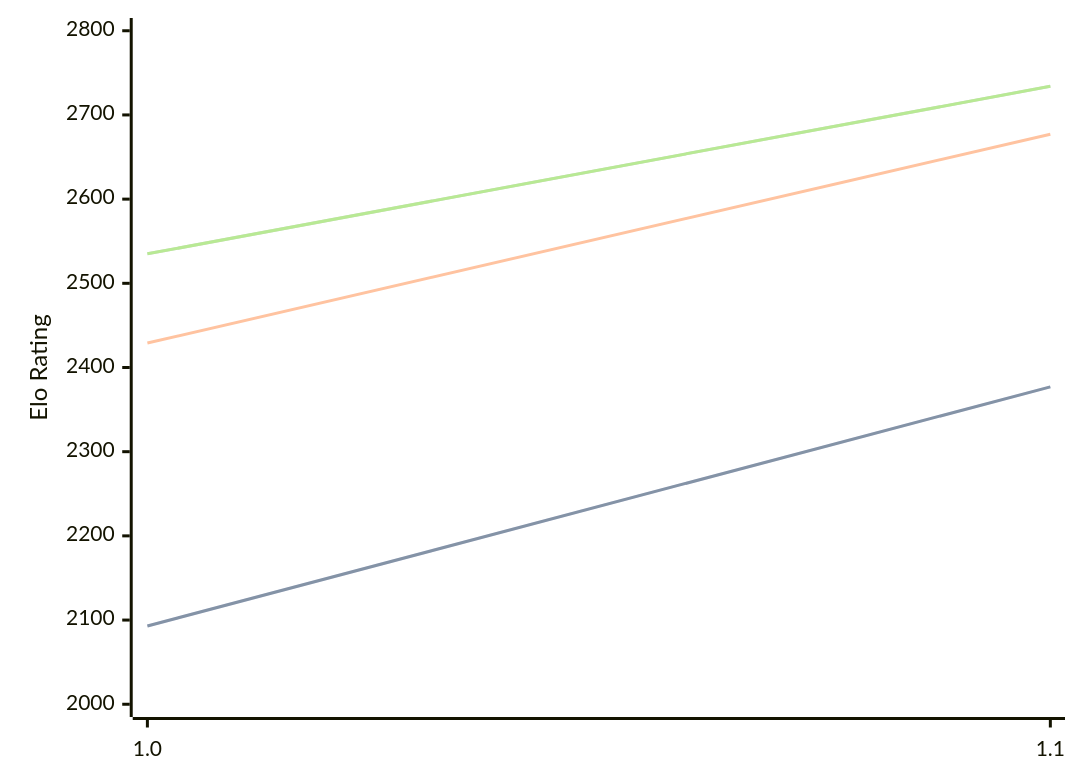
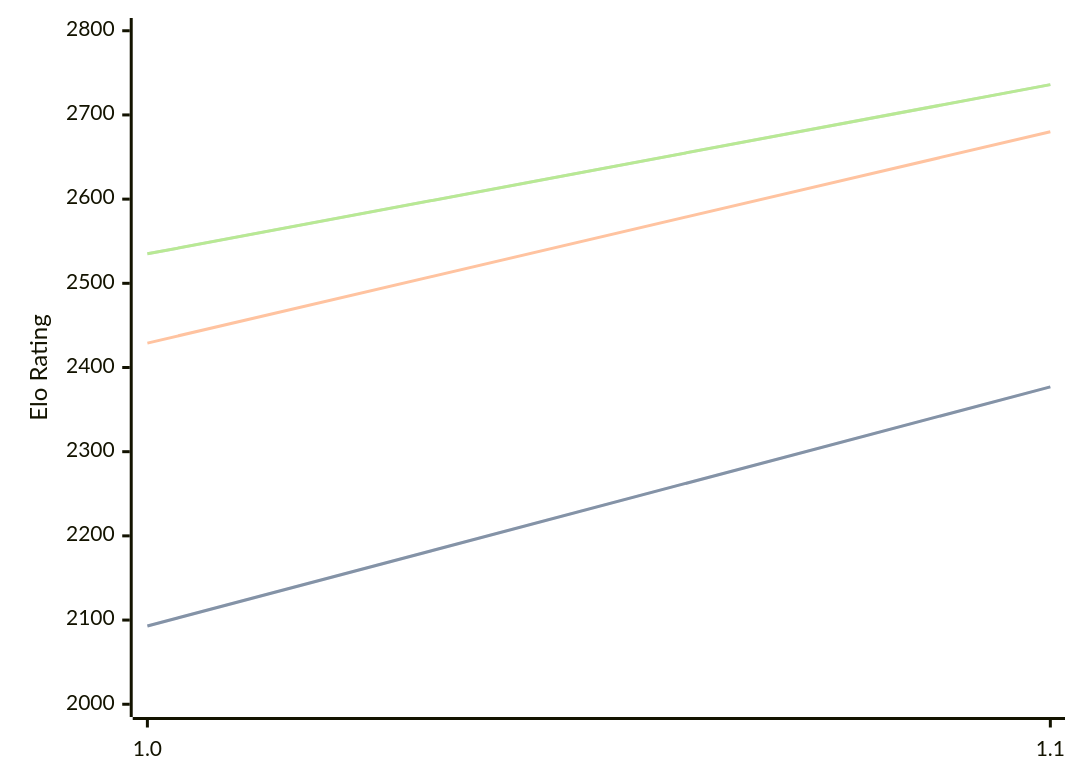
The diagram in engines/Erinn.md (computer-chess-index/cci), drawn with Mermaid before and after one commit. The commit also changed other lines of this file, not shown here.

Commit message:
Update CCI Ratings (ELO VLTC) - 2026-09-21

````diff
--- a/engines/Erinn.md
+++ b/engines/Erinn.md
@@ -32,11 +32,11 @@
 ```mermaid
 %%{init: {"theme":"base","themeVariables":{"seriesColors:['#a3a3a3','#222221','#faa371']}}}%%
 xychart-beta
   x-axis ["1.0", "1.1"]
   y-axis "Elo Rating" 2000 --> 2800
   line "" [2093, 2377]
   line "STC (8.0+0.08s)" [2093, 2377]
-  line "LTC (60.0+0.60s)" [2429, 2677]
-  line "" [2535, 2734]
-  line "VLTC (2m24s+1.12s)" [2535, 2734]
+  line "LTC (60.0+0.60s)" [2429, 2680]
+  line "" [2535, 2736]
+  line "VLTC (2m24s+1.12s)" [2535, 2736]
 ```
````
